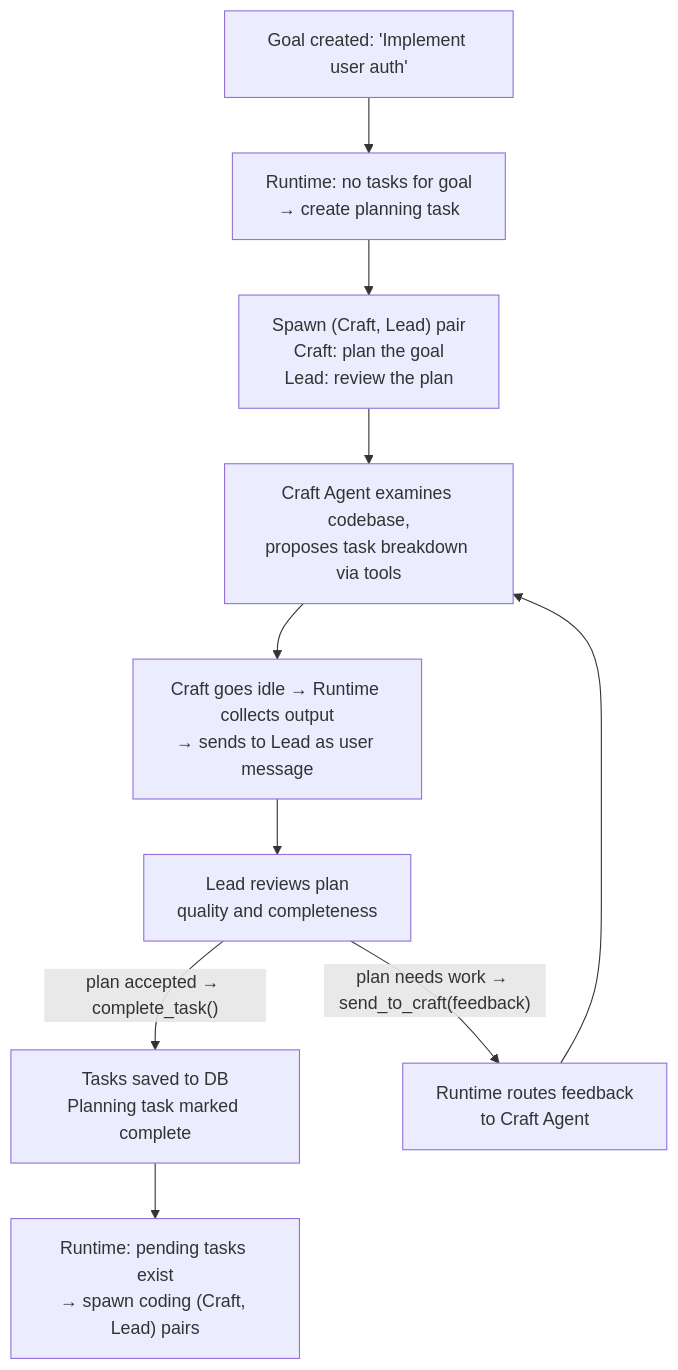
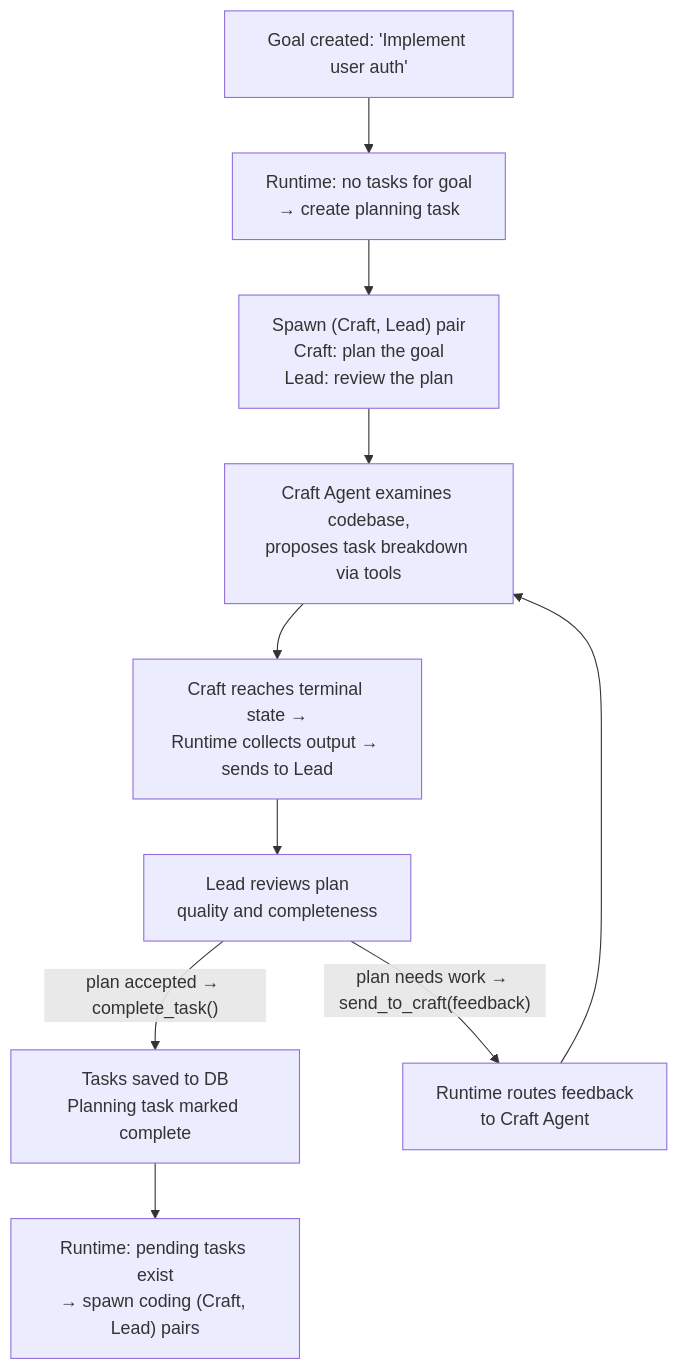
The fifth of 7 diagrams in docs/design/room-runtime-spec.md (lsm/neokai), drawn with Mermaid before and after one commit. The commit also changed other lines of this file, not shown here.

First line of the commit message:
docs: update room runtime spec to v0.5 — resolve review gaps

````diff
--- a/docs/design/room-runtime-spec.md
+++ b/docs/design/room-runtime-spec.md
@@ -320,12 +352,12 @@
 ```mermaid
 graph TD
     A["Goal created: 'Implement user auth'"] --> B["Runtime: no tasks for goal<br/>→ create planning task"]
     B --> C["Spawn (Craft, Lead) pair<br/>Craft: plan the goal<br/>Lead: review the plan"]
     C --> D["Craft Agent examines codebase,<br/>proposes task breakdown via tools"]
-    D --> E["Craft goes idle → Runtime collects output<br/>→ sends to Lead as user message"]
+    D --> E["Craft reaches terminal state →<br/>Runtime collects output → sends to Lead"]
     E --> F["Lead reviews plan<br/>quality and completeness"]
     F -->|"plan accepted → complete_task()"| G["Tasks saved to DB<br/>Planning task marked complete"]
     F -->|"plan needs work → send_to_craft(feedback)"| H["Runtime routes feedback<br/>to Craft Agent"]
     H --> D
     G --> I["Runtime: pending tasks exist<br/>→ spawn coding (Craft, Lead) pairs"]
 ```
````
